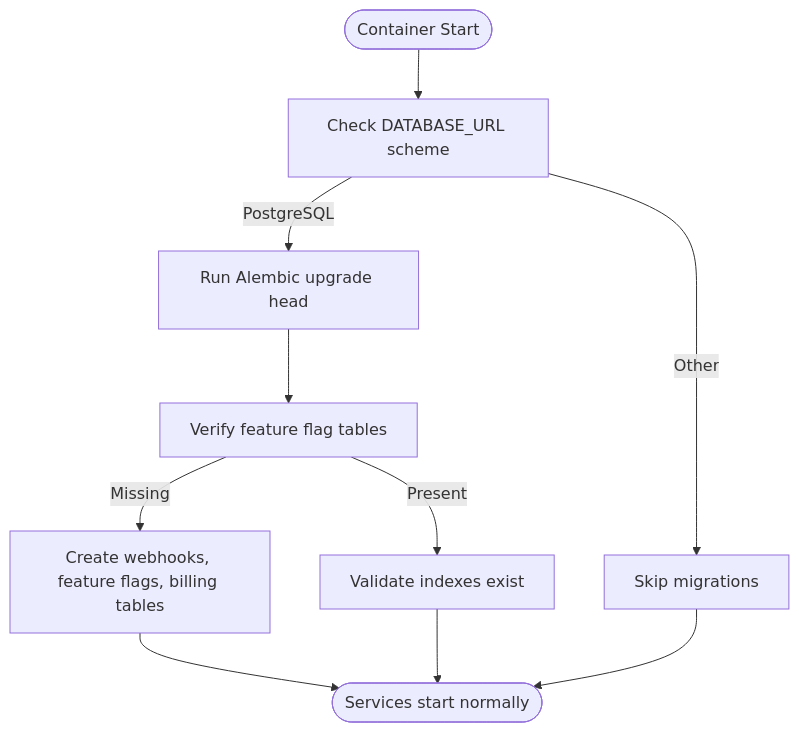
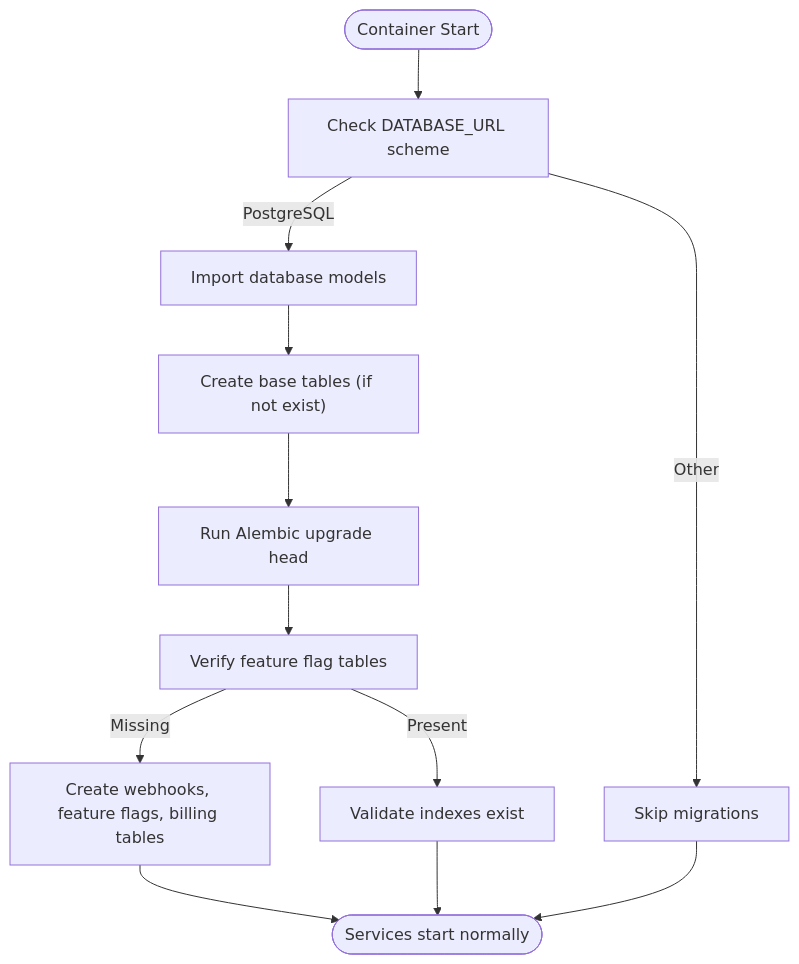
One commit to Revanththetalogics/aireume changed the fourth of 5 diagrams in .qoder/repowiki/en/content/Deployment & DevOps/Production Deployment.md. Above: the diagram before and after it, drawn with Mermaid. The commit also changed other lines of this file and 58 other files, not shown here.

````diff
--- a/.qoder/repowiki/en/content/Deployment & DevOps/Production Deployment.md
+++ b/.qoder/repowiki/en/content/Deployment & DevOps/Production Deployment.md
@@ -269,12 +358,14 @@
 ```mermaid
 flowchart TD
 Start(["Container Start"]) --> CheckURL["Check DATABASE_URL scheme"]
-CheckURL --> |PostgreSQL| RunMigrations["Run Alembic upgrade head"]
+CheckURL --> |PostgreSQL| ImportModels["Import database models"]
+ImportModels --> CreateTables["Create base tables (if not exist)"]
+CreateTables --> RunMigrations["Run Alembic upgrade head"]
 CheckURL --> |Other| SkipMigrations["Skip migrations"]
 RunMigrations --> CheckSchema["Verify feature flag tables"]
-CheckSchema --> |Missing| CreateTables["Create webhooks, feature flags, billing tables"]
+CheckSchema --> |Missing| CreateTables2["Create webhooks, feature flags, billing tables"]
 CheckSchema --> |Present| ValidateIndexes["Validate indexes exist"]
-CreateTables --> Ready(["Services start normally"])
+CreateTables2 --> Ready(["Services start normally"])
 ValidateIndexes --> Ready
 SkipMigrations --> Ready
 ```
````
